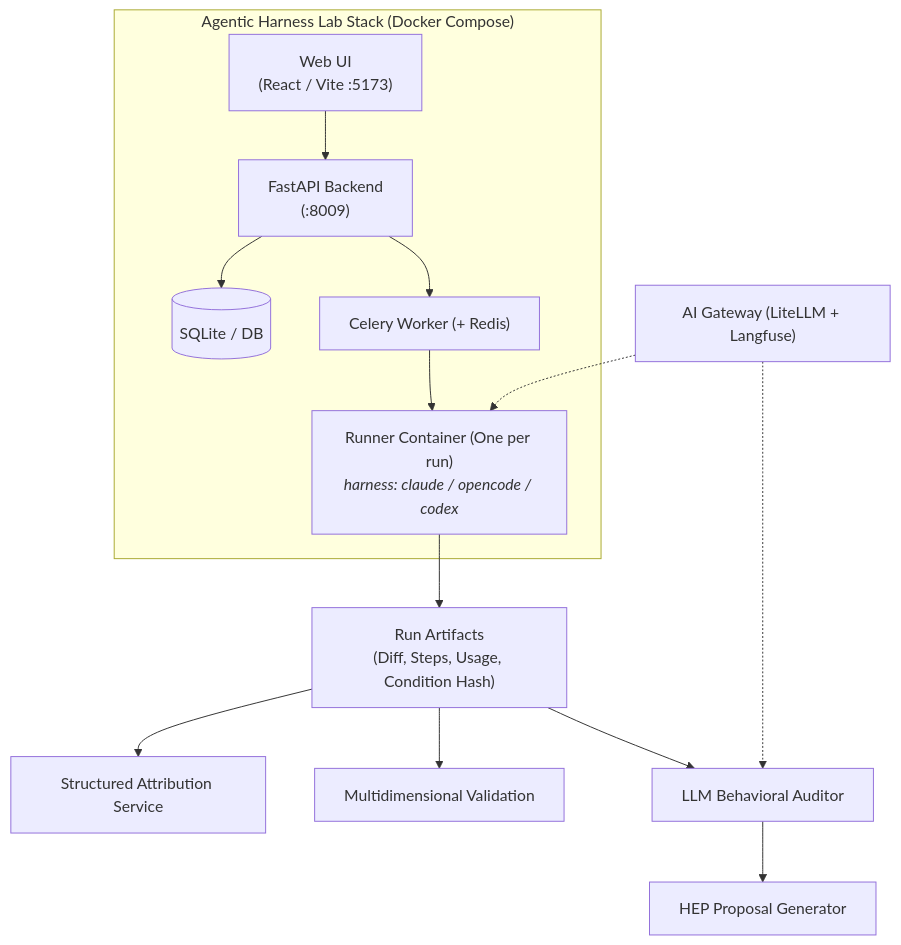
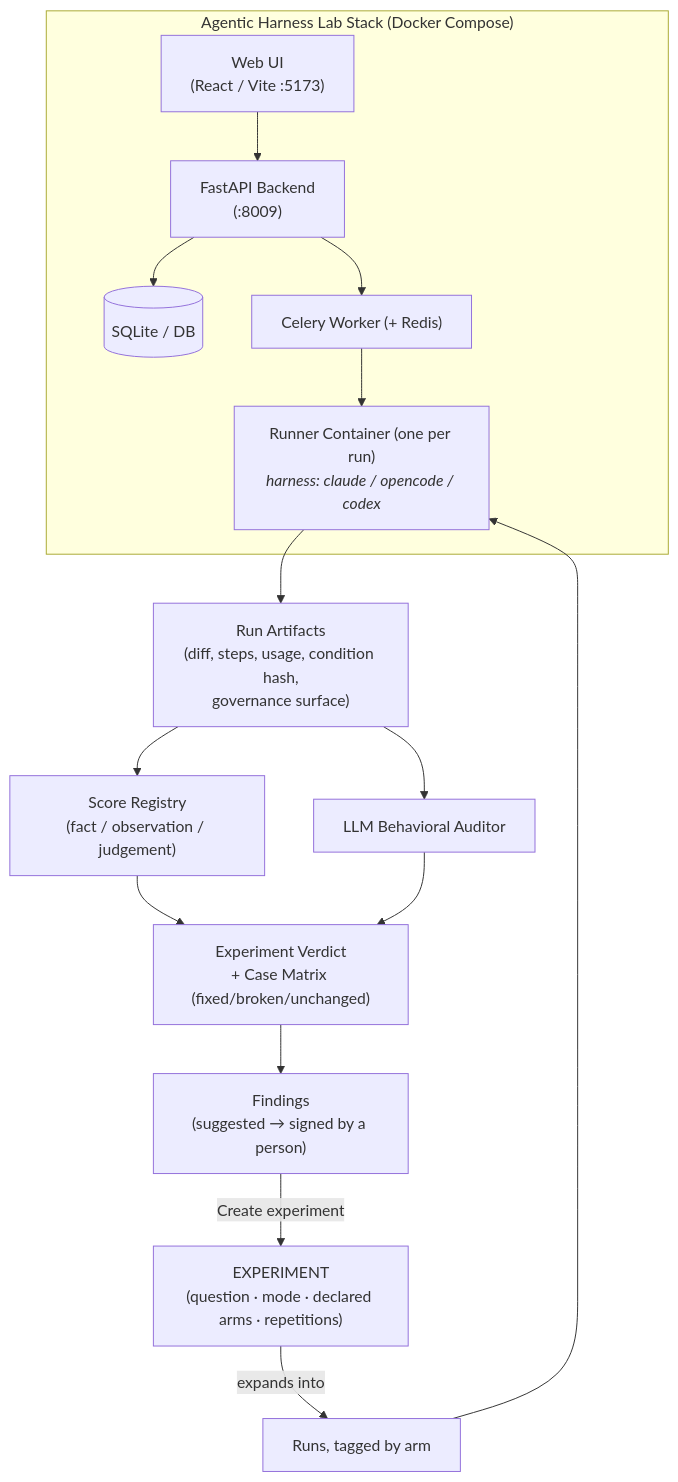
One commit to marcosdh1987/harness-engineering-guide changed the diagram in docs/en/reference-implementation/ai-agentic-harness-lab/index.md. Above: the diagram before and after it, drawn with Mermaid. The commit also changed other lines of this file and 18 other files, not shown here.

````diff
--- a/docs/en/reference-implementation/ai-agentic-harness-lab/index.md
+++ b/docs/en/reference-implementation/ai-agentic-harness-lab/index.md
@@ -7,18 +13,18 @@
 ```mermaid
 flowchart TB
     subgraph STACK["Agentic Harness Lab Stack (Docker Compose)"]
         UI["Web UI<br/>(React / Vite :5173)"] --> API["FastAPI Backend<br/>(:8009)"]
         API --> DB[(SQLite / DB)]
         API --> W["Celery Worker (+ Redis)"]
-        W --> RUNNER["Runner Container (One per run)<br/><i>harness: claude / opencode / codex</i>"]
+        W --> RUNNER["Runner Container (one per run)<br/><i>harness: claude / opencode / codex</i>"]
     end
 
-    GW["AI Gateway (LiteLLM + Langfuse)"] -.-> RUNNER
-    GW -.-> AUDIT["LLM Behavioral Auditor"]
-    
-    RUNNER --> ART["Run Artifacts<br/>(Diff, Steps, Usage, Condition Hash)"]
-    ART --> ATTR["Structured Attribution Service"]
-    ART --> SCORE["Multidimensional Validation"]
-    ART --> AUDIT
-    AUDIT --> PROP["HEP Proposal Generator"]
+    EXP["EXPERIMENT<br/>(question · mode · declared arms · repetitions)"] -->|"expands into"| RUNS["Runs, tagged by arm"]
+    RUNS --> RUNNER
+    RUNNER --> ART["Run Artifacts<br/>(diff, steps, usage, condition hash,<br/>governance surface)"]
+    ART --> SCORE["Score Registry<br/>(fact / observation / judgement)"]
+    ART --> AUDIT["LLM Behavioral Auditor"]
+    SCORE & AUDIT --> VERDICT["Experiment Verdict<br/>+ Case Matrix (fixed/broken/unchanged)"]
+    VERDICT --> FIND["Findings<br/>(suggested → signed by a person)"]
+    FIND -->|"Create experiment"| EXP
 ```
````
